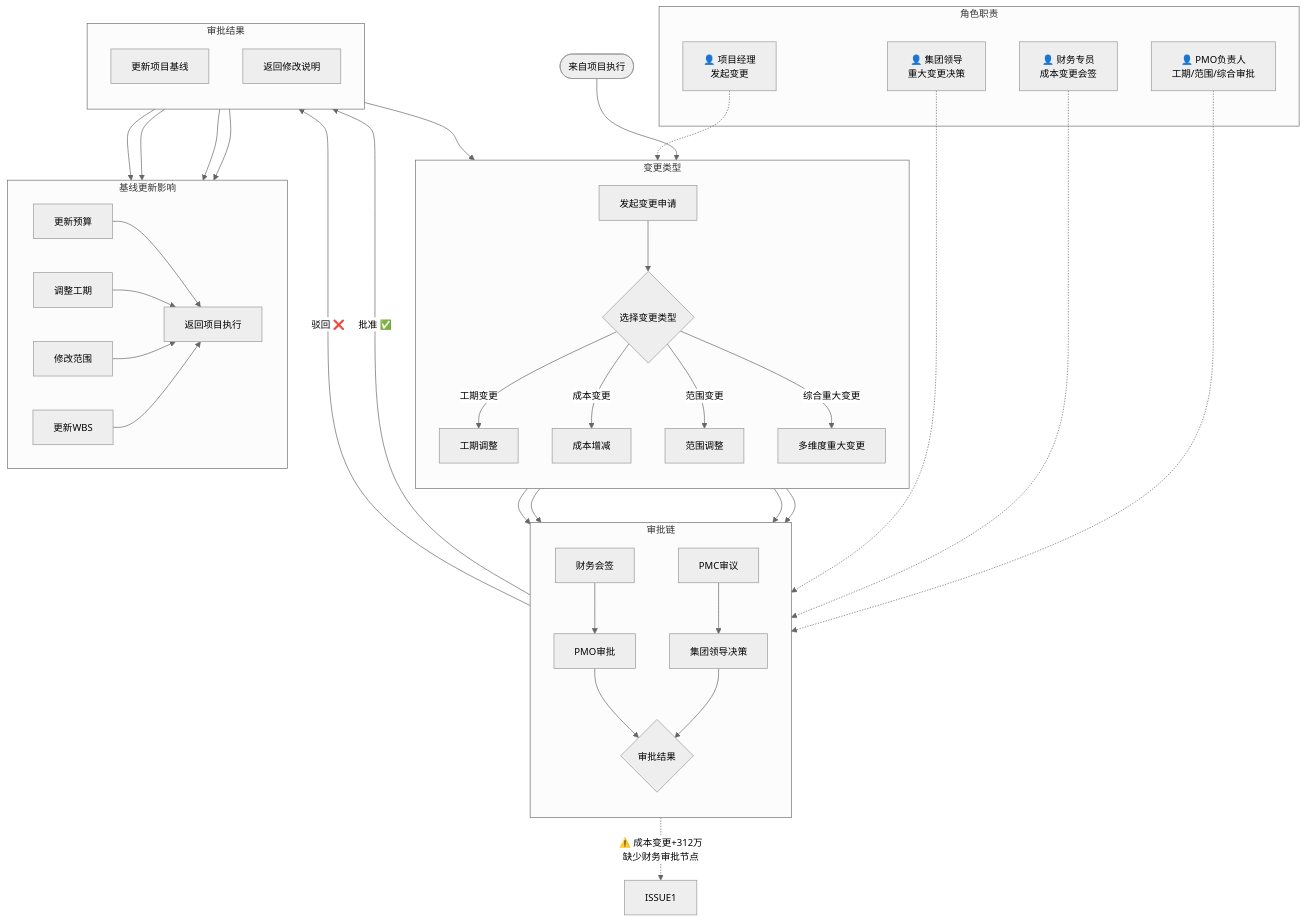
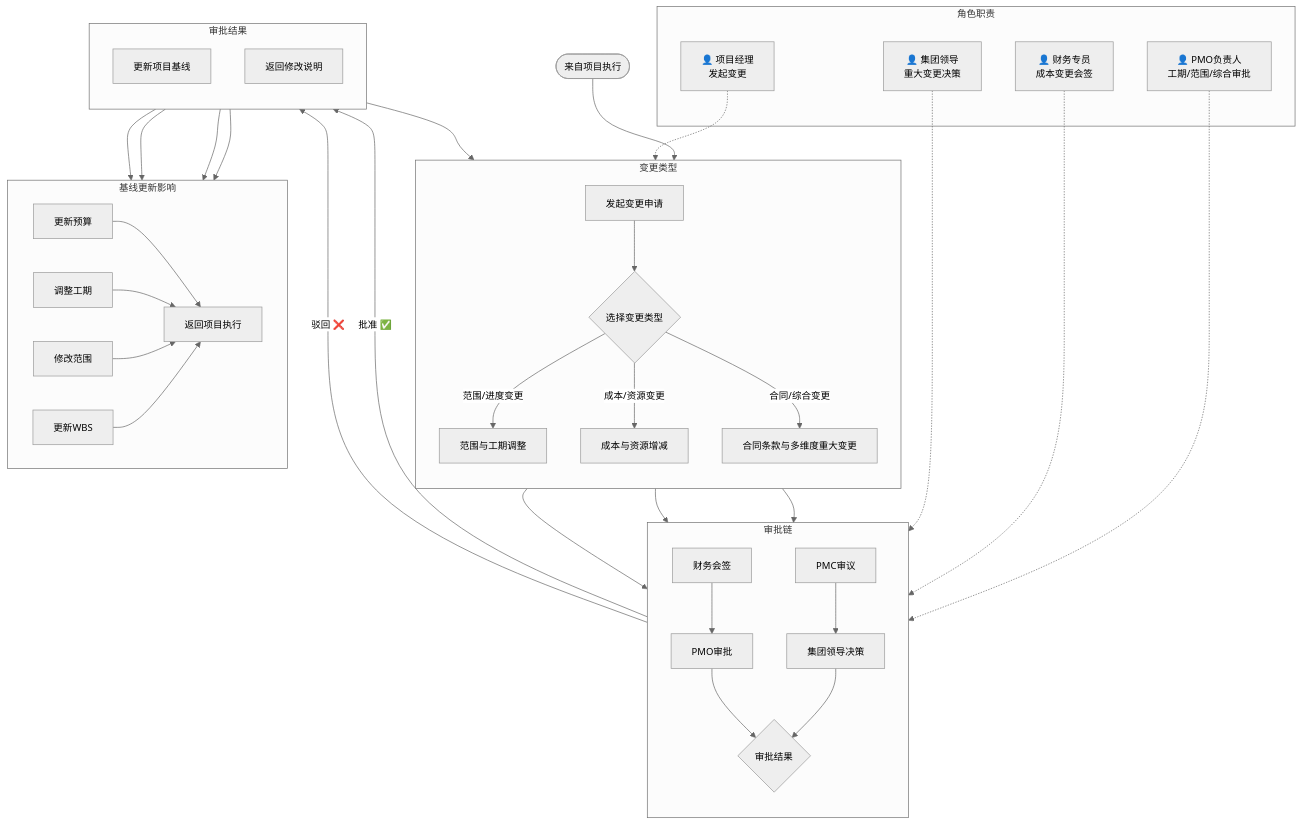
Before and after one commit to shengjunqiu/pms-demo: the diagram in docs/流程图-变更管理.md, drawn with Mermaid. The commit also changed other lines of this file and 25 other files, not shown here.

````diff
--- a/docs/流程图-变更管理.md
+++ b/docs/流程图-变更管理.md
@@ -5,62 +5,59 @@
 ```mermaid
 %%{init: {'theme': 'neutral', 'themeVariables': {'fontSize': '14px'}}}%%
 
 graph TB
   FROM_EXEC(["来自项目执行"]) --> START[发起变更申请]
 
   subgraph TYPE["变更类型"]
     direction TB
     START --> T1{选择变更类型}
-    T1 -->|工期变更| A1[工期调整]
-    T1 -->|成本变更| A2[成本增减]
-    T1 -->|范围变更| A3[范围调整]
-    T1 -->|综合重大变更| A4[多维度重大变更]
+    T1 -->|范围/进度变更| A1[范围与工期调整]
+    T1 -->|成本/资源变更| A2[成本与资源增减]
+    T1 -->|合同/综合变更| A3[合同条款与多维度重大变更]
   end
 
   subgraph APPROVAL["审批链"]
     direction TB
     A1 --> B1[PMO审批]
     A2 --> B2[财务会签]
     B2 --> B1
-    A3 --> B1
-    A4 --> B3[PMC审议]
+    A3 --> B3[PMC审议]
     B3 --> B4[集团领导决策]
 
     B1 --> R{审批结果}
     B4 --> R
   end
 
   subgraph RESULT["审批结果"]
     direction TB
     R -->|批准 ✅| C1[更新项目基线]
     R -->|驳回 ❌| C2[返回修改说明]
     C2 --> START
   end
 
   subgraph IMPACT["基线更新影响"]
     direction LR
     C1 --> D1[更新预算]
     C1 --> D2[调整工期]
     C1 --> D3[修改范围]
     C1 --> D4[更新WBS]
     D1 --> D5[返回项目执行]
     D2 --> D5
     D3 --> D5
     D4 --> D5
   end
 
   subgraph ROLES["角色职责"]
     R1["👤 项目经理<br/>发起变更"]
     R2["👤 PMO负责人<br/>工期/范围/综合审批"]
     R3["👤 财务专员<br/>成本变更会签"]
     R4["👤 集团领导<br/>重大变更决策"]
   end
 
   R1 -.-> START
   R2 -.-> B1
   R3 -.-> B2
   R4 -.-> B4
 
-  %% 问题标注
-  B2 -.->|"⚠️ 成本变更+312万<br/>缺少财务审批节点"| ISSUE1
+
 ```
````
